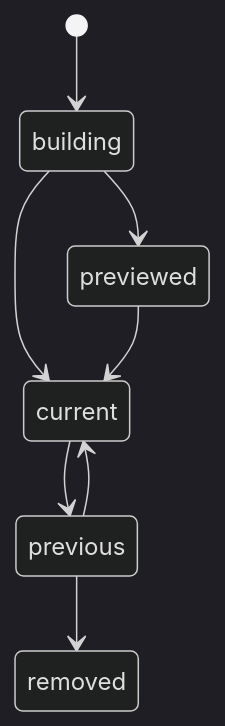
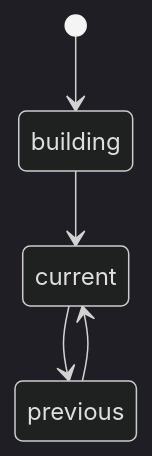
One commit to zgeoff/pepys changed the first of 2 diagrams in docs/architecture/consumers/host.md. Above: the diagram before and after it, drawn with Mermaid (dark theme). The commit also changed other lines of this file and 11 other files, not shown here.

Commit message:
docs: add flow diagrams and answer the cold read

````diff
--- a/docs/architecture/consumers/host.md
+++ b/docs/architecture/consumers/host.md
@@ -50,10 +64,7 @@
 ```mermaid
 stateDiagram-v2
   [*] --> building
   building --> current
-  building --> previewed
-  previewed --> current
   current --> previous
   previous --> current
-  previous --> removed
 ```
````
